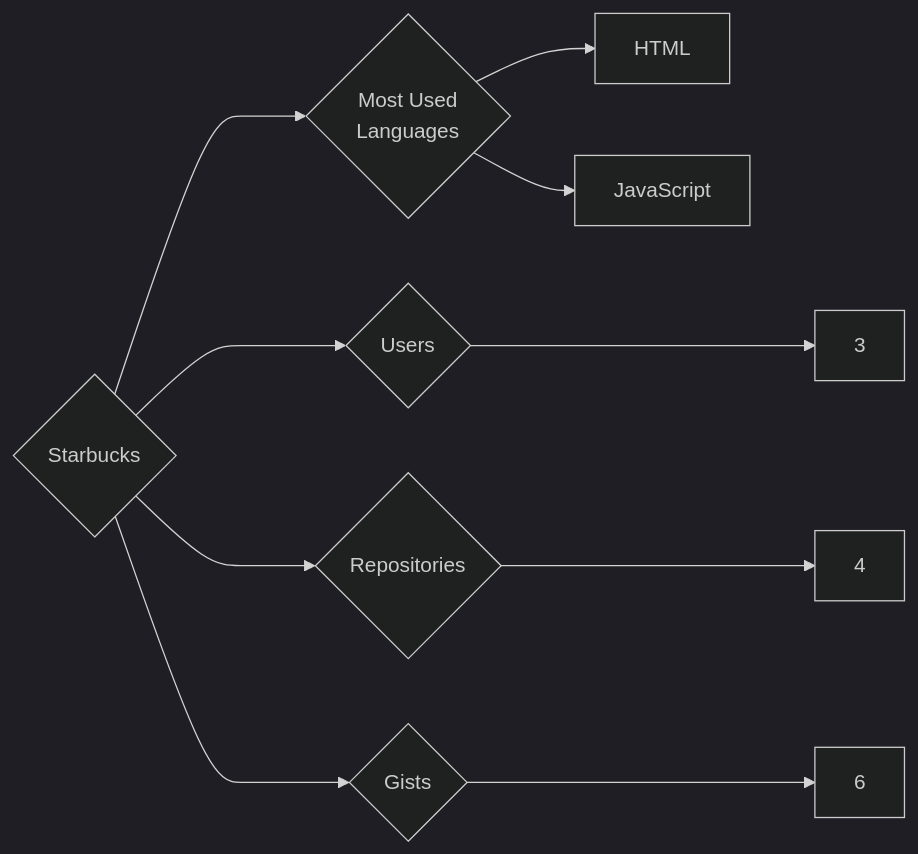
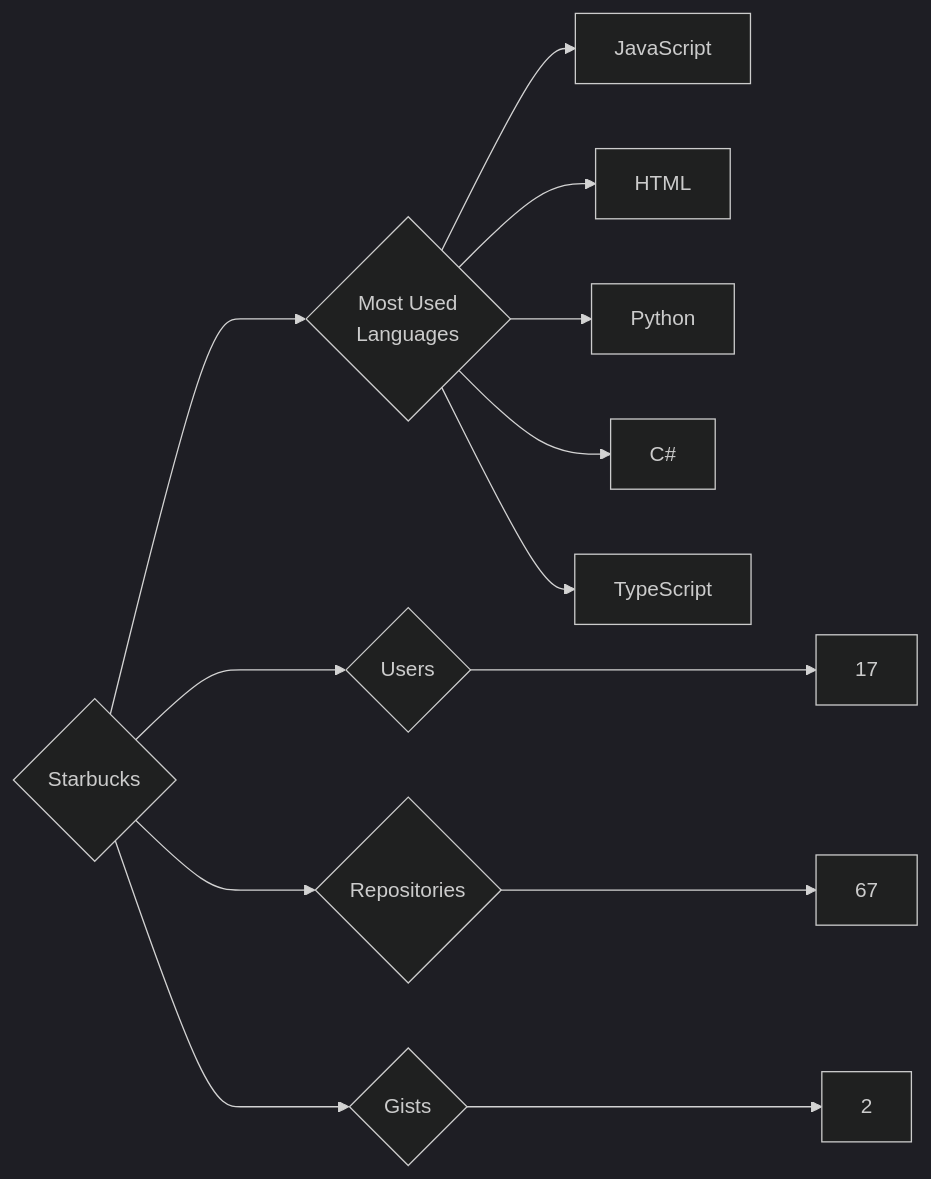
Before and after one commit to trickest/insiders: the diagram in targets/Starbucks/README.md, drawn with Mermaid (dark theme). The commit also changed 799 other files, not shown here.

````diff
--- a/targets/Starbucks/README.md
+++ b/targets/Starbucks/README.md
@@ -3,10 +3,13 @@
 ```mermaid
 graph LR
 COMPANY_NAME{Starbucks}
-COMPANY_NAME ---> U{Users} ---> UN[3]
-COMPANY_NAME ---> R{Repositories} ---> RN[4]
-COMPANY_NAME ---> G{Gists} ---> GN[6]
+COMPANY_NAME ---> U{Users} ---> UN[17]
+COMPANY_NAME ---> R{Repositories} ---> RN[67]
+COMPANY_NAME ---> G{Gists} ---> GN[2]
 COMPANY_NAME ---> ML{Most Used<br>Languages}
+ML --> JavaScript[JavaScript]
 ML --> HTML[HTML]
-ML --> JavaScript[JavaScript]
+ML --> Python[Python]
+ML --> C#[C#]
+ML --> TypeScript[TypeScript]
 ```
````
